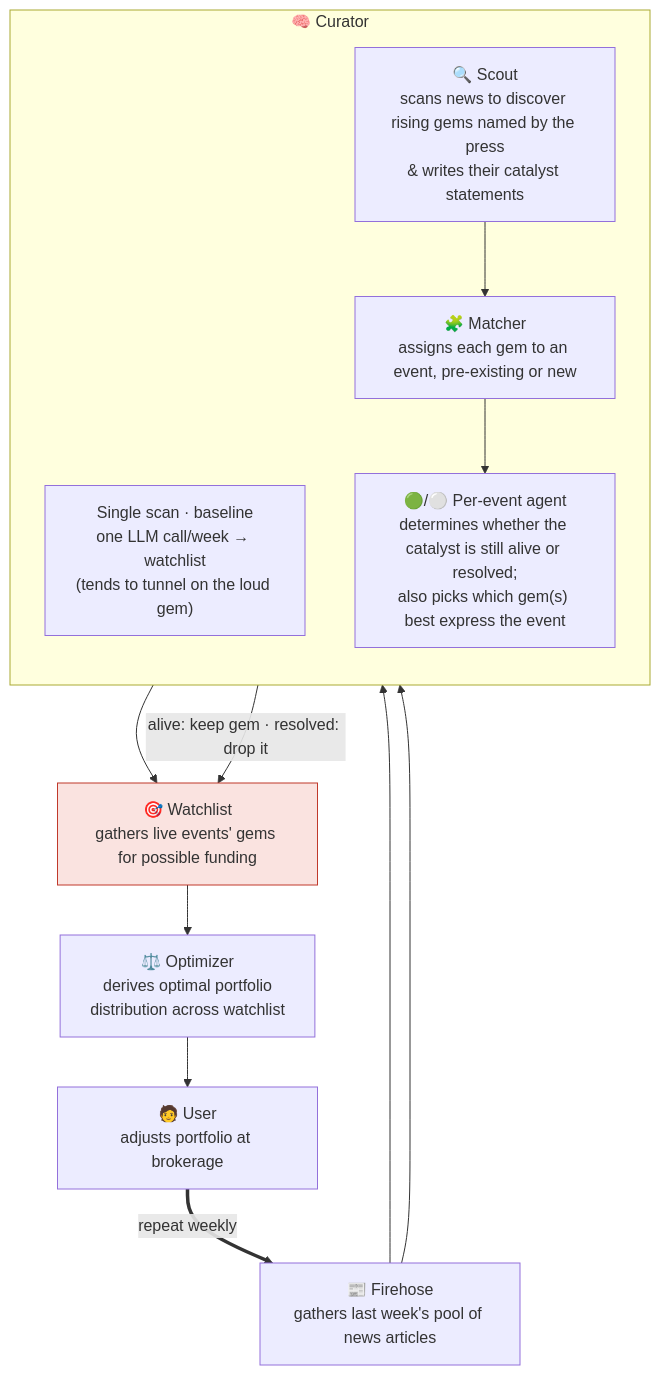
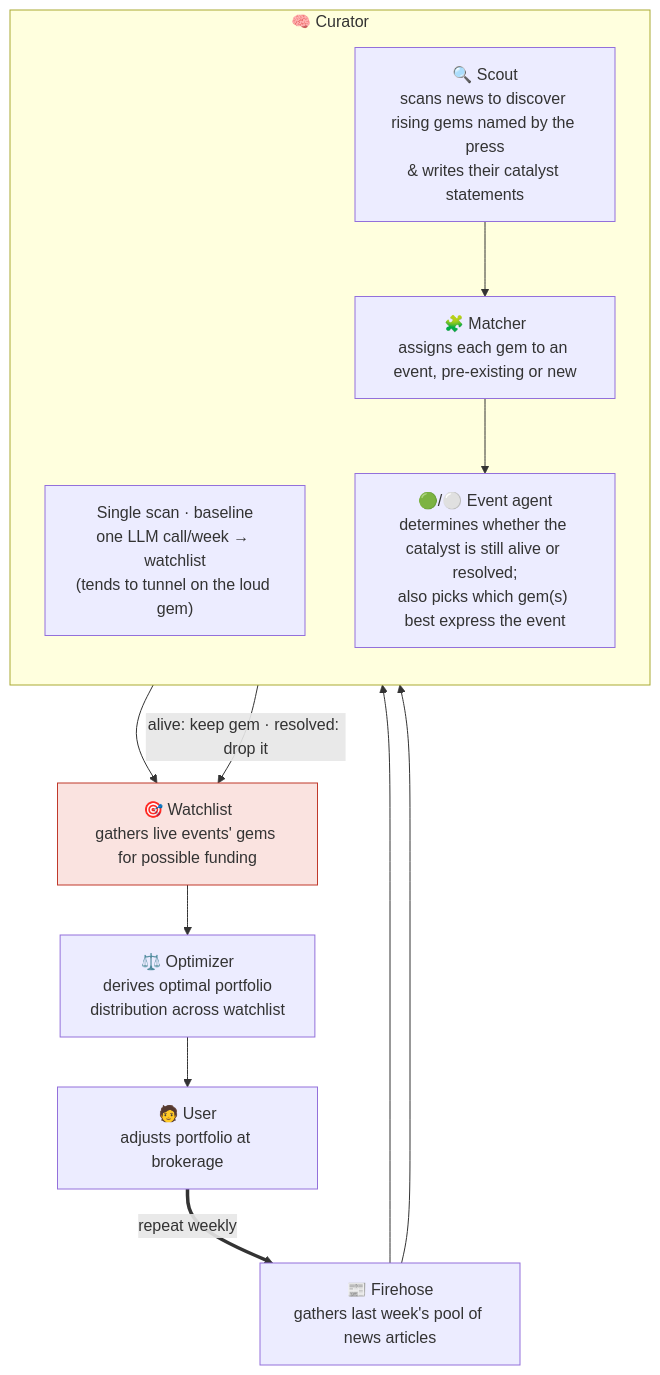
The diagram in README.md (joehahn/geo-herd-rider), drawn with Mermaid before and after one commit. The commit also changed other lines of this file, not shown here.

First line of the commit message:
README: rename 'per-event agent' -> 'event agent' (matches code event_agent)

````diff
--- a/README.md
+++ b/README.md
@@ -18,27 +18,27 @@
 ```mermaid
 flowchart TD
     S["📰 Firehose<br/>gathers last week's pool of news articles"]
 
     subgraph CUR["🧠 Curator"]
       direction TB
       SS["Single scan · baseline<br/>one LLM call/week → watchlist<br/>(tends to tunnel on the loud gem)"]
       SC["🔍 Scout<br/>scans news to discover rising gems named by the press<br/>& writes their catalyst statements"]
       MA["🧩 Matcher<br/>assigns each gem to an event, pre-existing or new"]
-      AG["🟢/⚪ Per-event agent<br/>determines whether the catalyst is still alive or resolved;<br/>also picks which gem(s) best express the event"]
+      AG["🟢/⚪ Event agent<br/>determines whether the catalyst is still alive or resolved;<br/>also picks which gem(s) best express the event"]
       SC --> MA --> AG
     end
 
     E["🎯 Watchlist<br/>gathers live events' gems for possible funding"]
     W["⚖️ Optimizer<br/>derives optimal portfolio<br/>distribution across watchlist"]
     U["🧑 User<br/>adjusts portfolio at brokerage"]
 
     S --> SS
     S --> SC
     SS --> E
     AG -- "alive: keep gem · resolved: drop it" --> E
     E --> W --> U
     U == "repeat weekly" ==> S
 
     classDef bet fill:#fae3e0,stroke:#c0392b;
     class E bet
 ```
````
